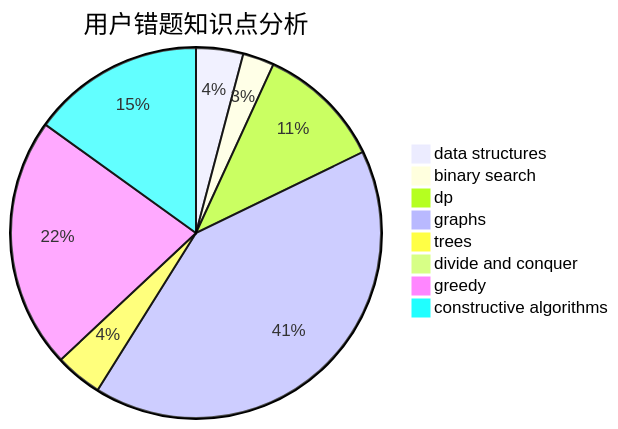
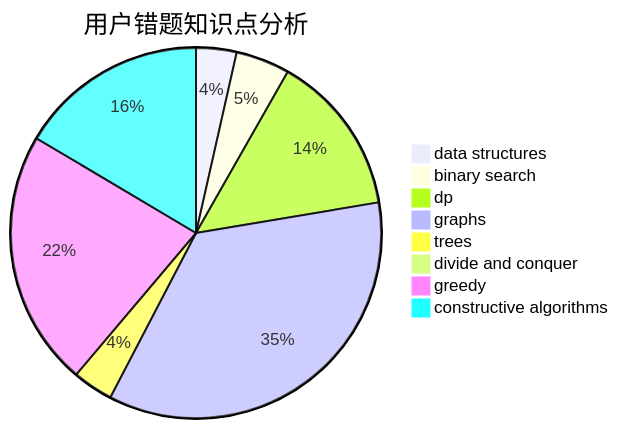
The third of 3 diagrams in docs/user/u40.md (sherpahu/cfrs.github.io), drawn with Mermaid before and after one commit. The commit also changed other lines of this file and 2770 other files, not shown here.

````diff
--- a/docs/user/u40.md
+++ b/docs/user/u40.md
@@ -36,11 +36,11 @@
 ```mermaid
 pie title 用户错题知识点分析
     "data structures" :  3
-    "binary search" :  2
-    "dp" :  8
+    "binary search" :  4
+    "dp" :  12
     "graphs" :  30
     "trees" :  3
     "divide and conquer" :  0
-    "greedy" :  16
-    "constructive algorithms" :  11
+    "greedy" :  19
+    "constructive algorithms" :  14
 ```
````
